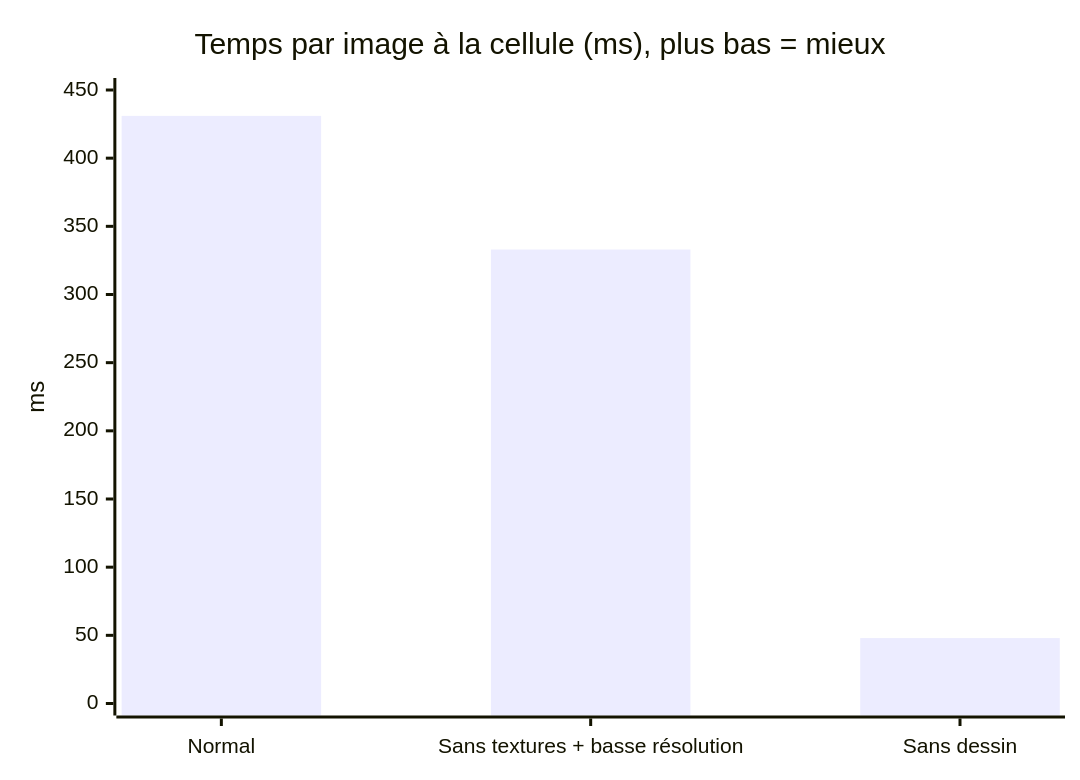
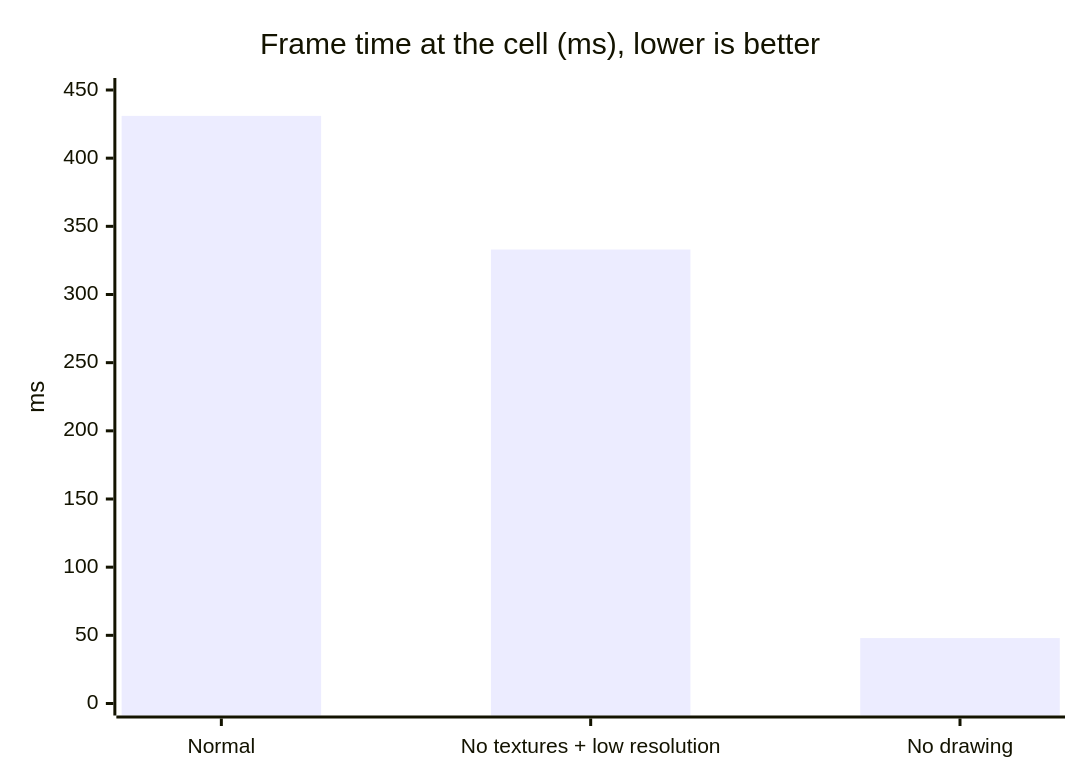
Before and after one commit to Cyanexani/cold-project-vi: the fourth of 7 diagrams in README.md, drawn with Mermaid. The commit also changed other lines of this file and 2 other files, not shown here.

````diff
--- a/README.md
+++ b/README.md
@@ -266,7 +199,7 @@
 ```mermaid
 xychart-beta
-    title "Temps par image à la cellule (ms), plus bas = mieux"
-    x-axis ["Normal", "Sans textures + basse résolution", "Sans dessin"]
+    title "Frame time at the cell (ms), lower is better"
+    x-axis ["Normal", "No textures + low resolution", "No drawing"]
     y-axis "ms" 0 --> 450
     bar [431, 333, 48]
 ```
````
